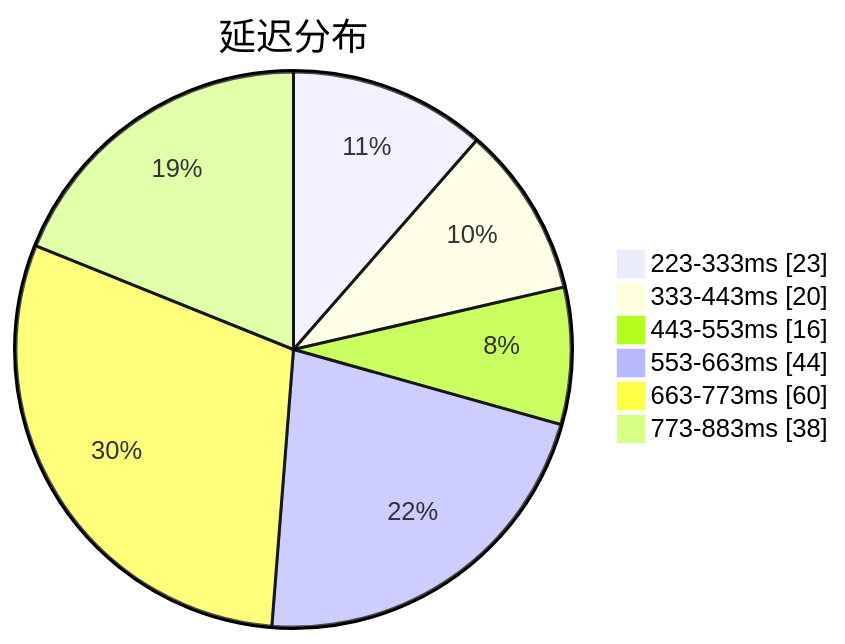
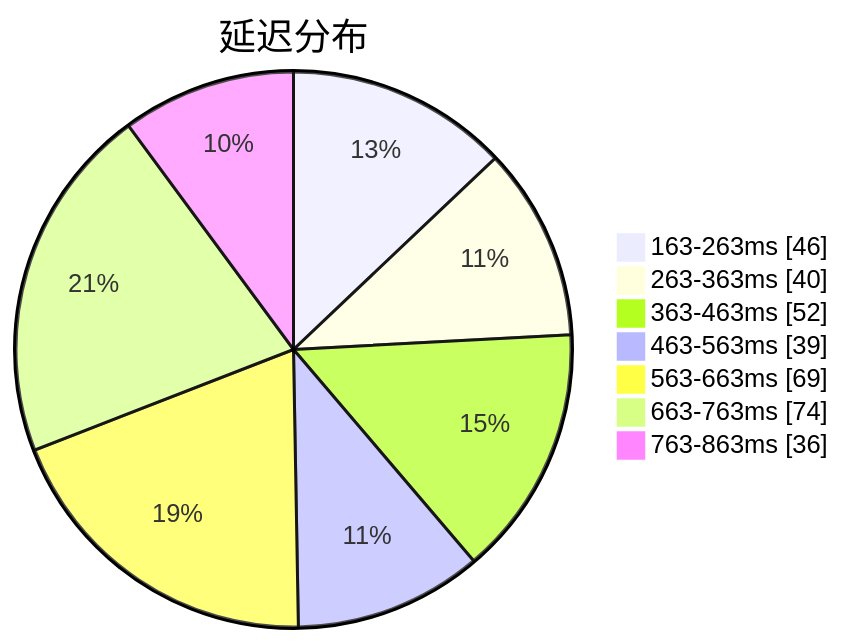
One commit to qjlxg/airport changed the first of 3 diagrams in subs/statistics/tested_within.md. Above: the diagram before and after it, drawn with Mermaid. The commit also changed other lines of this file and 2 other files, not shown here.

````diff
--- a/subs/statistics/tested_within.md
+++ b/subs/statistics/tested_within.md
@@ -2,10 +2,11 @@
 ```mermaid
 pie showData
 title 延迟分布
-"223-333ms" : 23
-"333-443ms" : 20
-"443-553ms" : 16
-"553-663ms" : 44
-"663-773ms" : 60
-"773-883ms" : 38
+"163-263ms" : 46
+"263-363ms" : 40
+"363-463ms" : 52
+"463-563ms" : 39
+"563-663ms" : 69
+"663-763ms" : 74
+"763-863ms" : 36
 ```
````
